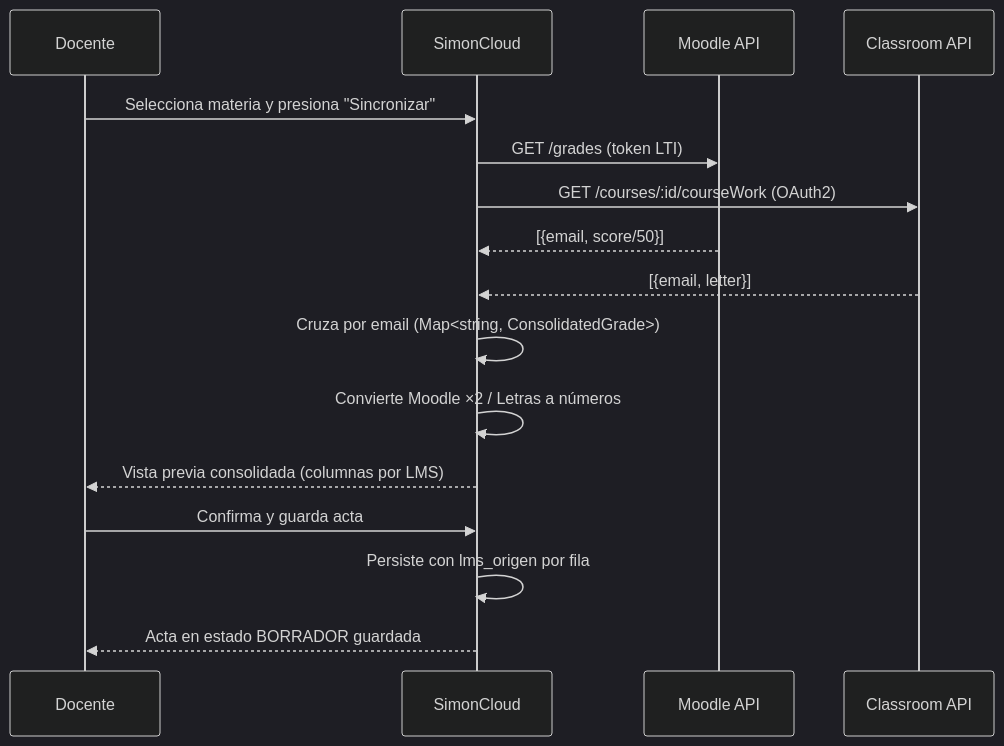
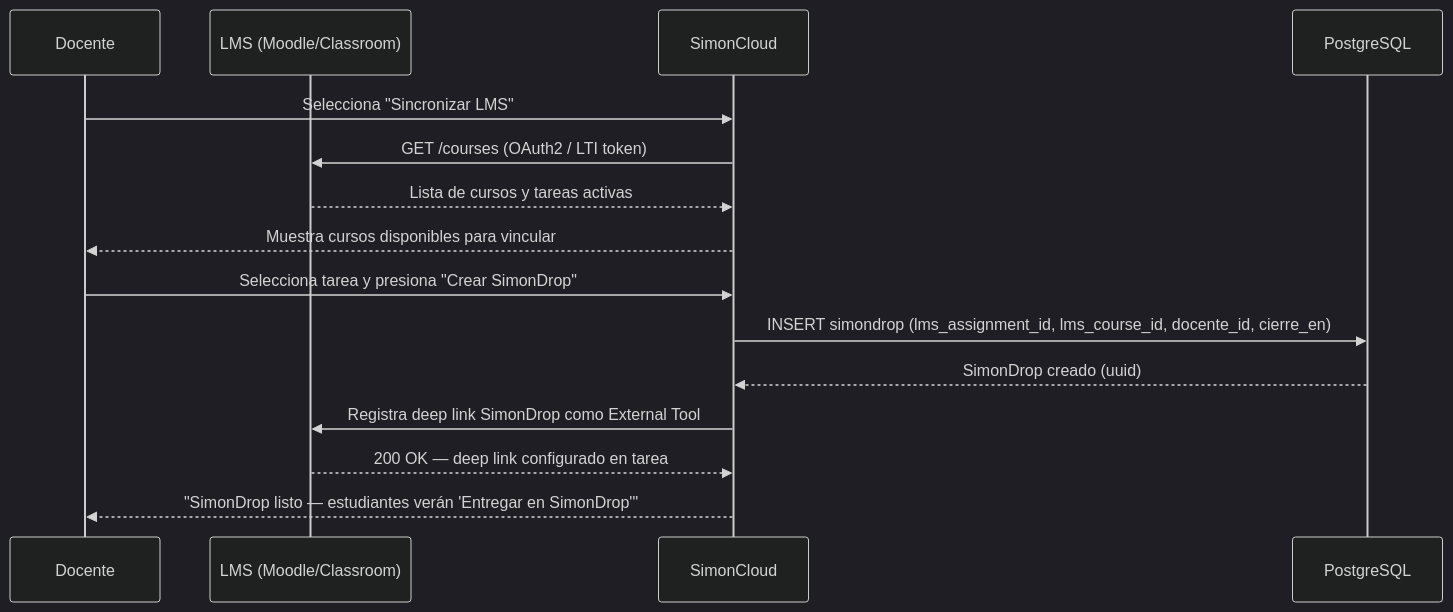
The second of 10 diagrams in docs/fsd/FSD_vFinal.md (cgomez-mpsia/simoncloud-m3), drawn with Mermaid (dark theme) before and after one commit. The commit also changed other lines of this file and 2 other files, not shown here.

Commit message:
docs: aplicar skills fsd-author, prd-author, mrd-author — completar spec v1.0
[fsd-author]
- §6.10: renombra y reemplaza diagrama de secuencia homologación → SimonDrop LTI
  (Docente→LMS→SimonCloud→DB→deep link LTI)
- §7.1: renombra prompt-contrato UC-001 a "SimonDrop LTI"
- Diccionario datos: marca nota_homologada_100 como v2.0 backlog

[prd-author]
- Completa Gherkin para 13 historias que tenían "...":
  US-001 (crear SimonDrop), US-004 (pago QR), US-009 (cierre auto),
  US-010 (barra progreso), US-011 (panel almacenamiento), US-013 (compartir @umss),
  US-014 (permisos auto), US-015 (notificación), US-016 (historial admin),
  US-018 (restaurar versión), US-019 (papelera 30 días), US-020 (métricas)
- Tabla RICE: +8 historias (US-001, 009, 015, 017, 019, 022 + ajustes)
- US-021 (Drive): marcada explícitamente como v2.0 backlog

[mrd-author]
- Personas renombradas con IDs formales: MRD-P-01…MRD-P-04

````diff
--- a/docs/fsd/FSD_vFinal.md
+++ b/docs/fsd/FSD_vFinal.md
@@ -510,18 +510,18 @@
 ```mermaid
 sequenceDiagram
     participant D as Docente
+    participant L as LMS (Moodle/Classroom)
     participant S as SimonCloud
-    participant M as Moodle API
-    participant C as Classroom API
-    D->>S: Selecciona materia y presiona "Sincronizar"
-    S->>M: GET /grades (token LTI)
-    S->>C: GET /courses/:id/courseWork (OAuth2)
-    M-->>S: [{email, score/50}]
-    C-->>S: [{email, letter}]
-    S->>S: Cruza por email (Map<string, ConsolidatedGrade>)
-    S->>S: Convierte Moodle ×2 / Letras a números
-    S-->>D: Vista previa consolidada (columnas por LMS)
-    D->>S: Confirma y guarda acta
-    S->>S: Persiste con lms_origen por fila
-    S-->>D: Acta en estado BORRADOR guardada
+    participant DB as PostgreSQL
+
+    D->>S: Selecciona "Sincronizar LMS"
+    S->>L: GET /courses (OAuth2 / LTI token)
+    L-->>S: Lista de cursos y tareas activas
+    S-->>D: Muestra cursos disponibles para vincular
+    D->>S: Selecciona tarea y presiona "Crear SimonDrop"
+    S->>DB: INSERT simondrop (lms_assignment_id, lms_course_id, docente_id, cierre_en)
+    DB-->>S: SimonDrop creado (uuid)
+    S->>L: Registra deep link SimonDrop como External Tool
+    L-->>S: 200 OK — deep link configurado en tarea
+    S-->>D: "SimonDrop listo — estudiantes verán 'Entregar en SimonDrop'"
 ```
````
